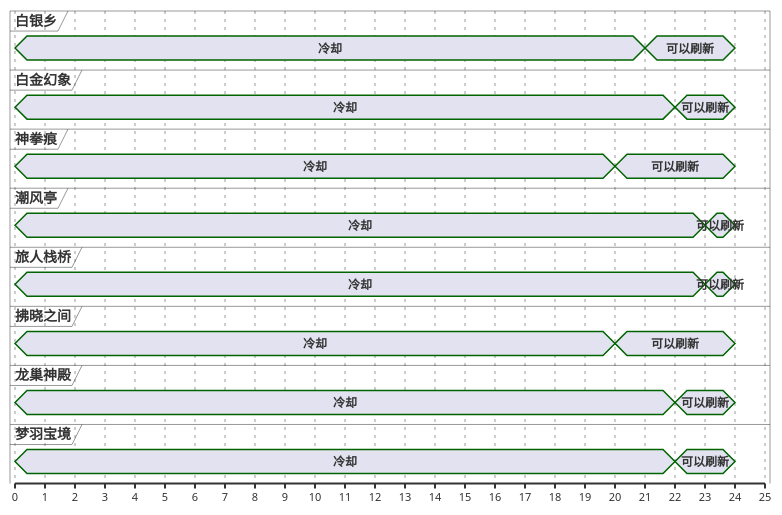
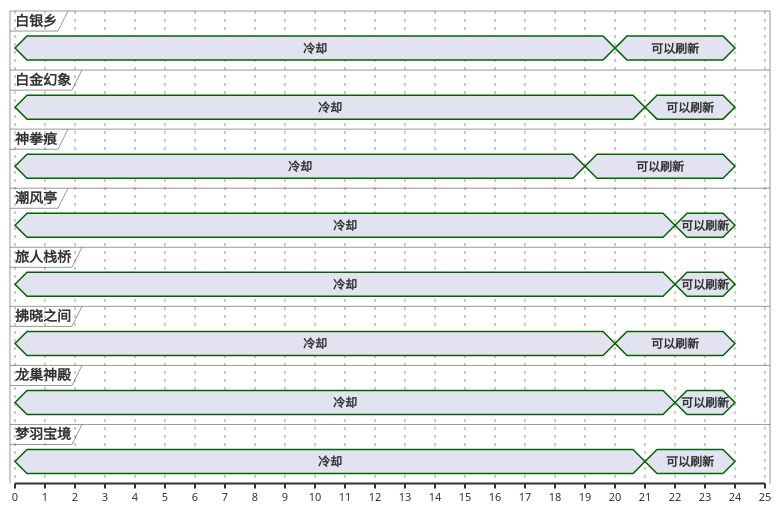
The second of 13 diagrams in ffxiv/hunt/2.0/Chernobog.md (Eroleice/doc-pi), drawn with PlantUML before and after one commit. The commit also changed other lines of this file and 38 other files, not shown here.

````diff
--- a/ffxiv/hunt/2.0/Chernobog.md
+++ b/ffxiv/hunt/2.0/Chernobog.md
@@ -91,55 +91,55 @@
 ```plantuml
 @startuml
 scale 1 as 30 pixels
 
 concise 白银乡
 concise 白金幻象
 concise 神拳痕
 concise 潮风亭
 concise 旅人栈桥
 concise 拂晓之间
 concise 龙巢神殿
 concise 梦羽宝境
 
 @神拳痕
 0 is 冷却
-20 is 可以刷新
+19 is 可以刷新
 24 is {hidden}
 
 @拂晓之间
 0 is 冷却
 20 is 可以刷新
 24 is {hidden}
 
 @白银乡
 0 is 冷却
-21 is 可以刷新
+20 is 可以刷新
 24 is {hidden}
 
 @白金幻象
 0 is 冷却
-22 is 可以刷新
+21 is 可以刷新
 24 is {hidden}
 
 @梦羽宝境
 0 is 冷却
-22 is 可以刷新
+21 is 可以刷新
 24 is {hidden}
 
 @潮风亭
 0 is 冷却
-23 is 可以刷新
+22 is 可以刷新
 24 is {hidden}
 
 @旅人栈桥
 0 is 冷却
-23 is 可以刷新
+22 is 可以刷新
 24 is {hidden}
 
 @龙巢神殿
 0 is 冷却
 22 is 可以刷新
 24 is {hidden}
 
 @enduml
 ```
````
